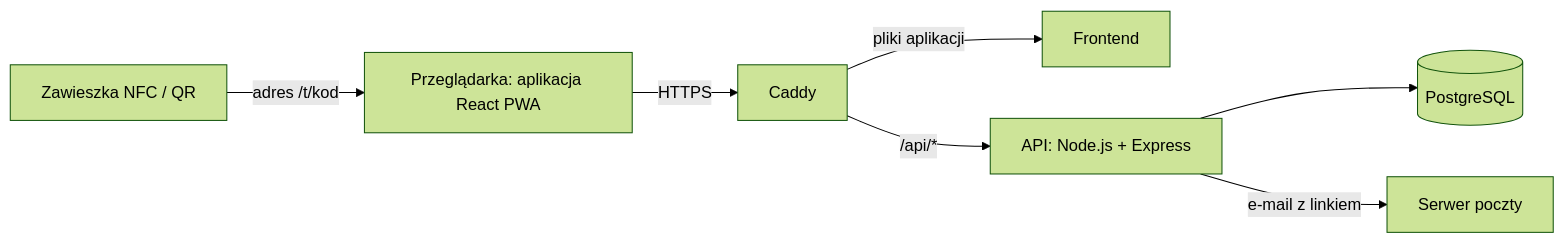
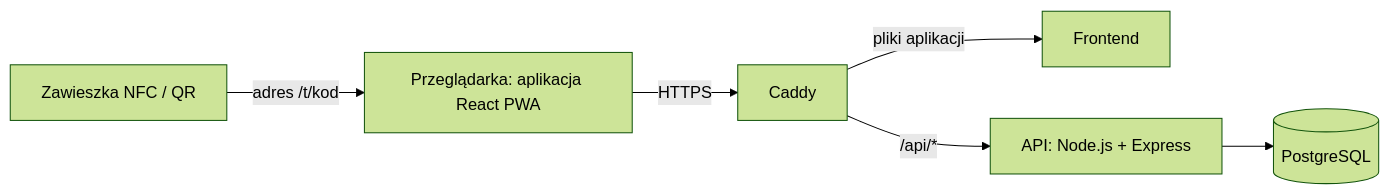
The diagram in plan/00-start.md (FullC0ntrol/petracer), drawn with Mermaid (forest theme) before and after one commit. The commit also changed other lines of this file and 97 other files, not shown here.

````diff
--- a/plan/00-start.md
+++ b/plan/00-start.md
@@ -34,9 +34,8 @@
 ```mermaid
 flowchart LR
   T[Zawieszka NFC / QR] -->|adres /t/kod| B[Przeglądarka: aplikacja React PWA]
   B -->|HTTPS| C[Caddy]
   C -->|pliki aplikacji| F[Frontend]
   C -->|/api/*| A[API: Node.js + Express]
   A --> D[(PostgreSQL)]
-  A -->|e-mail z linkiem| M[Serwer poczty]
 ```
````
